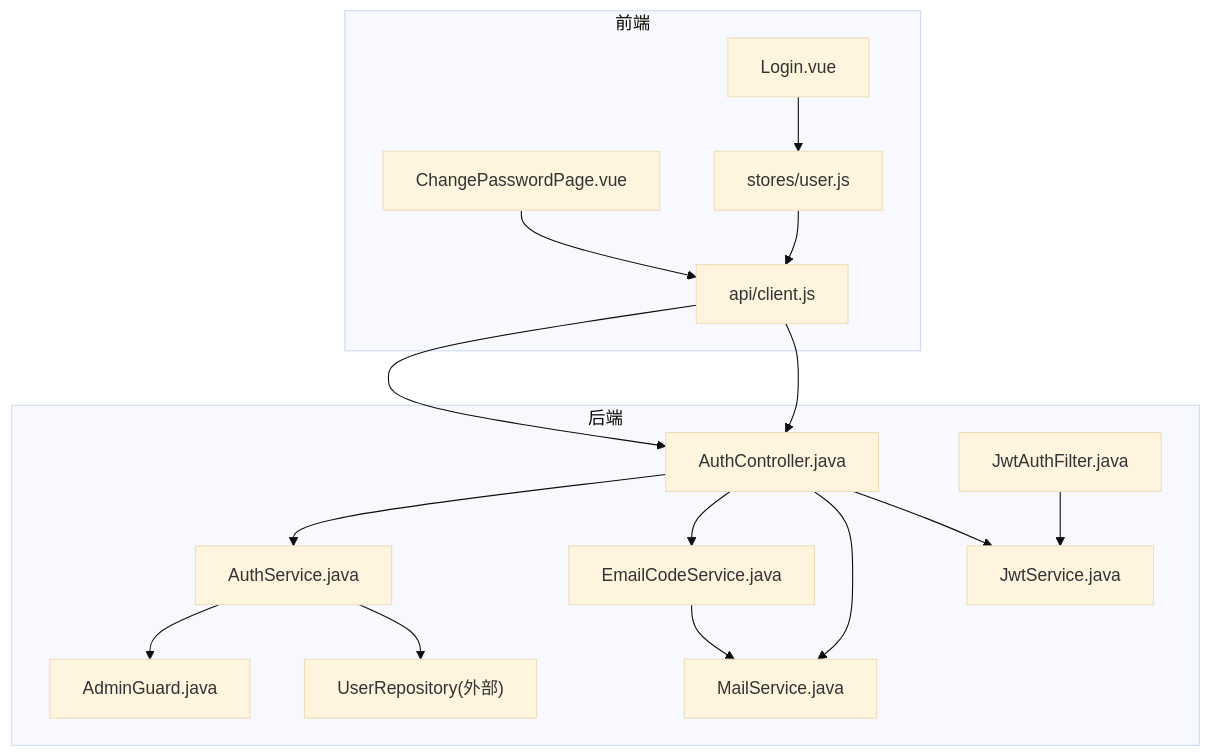
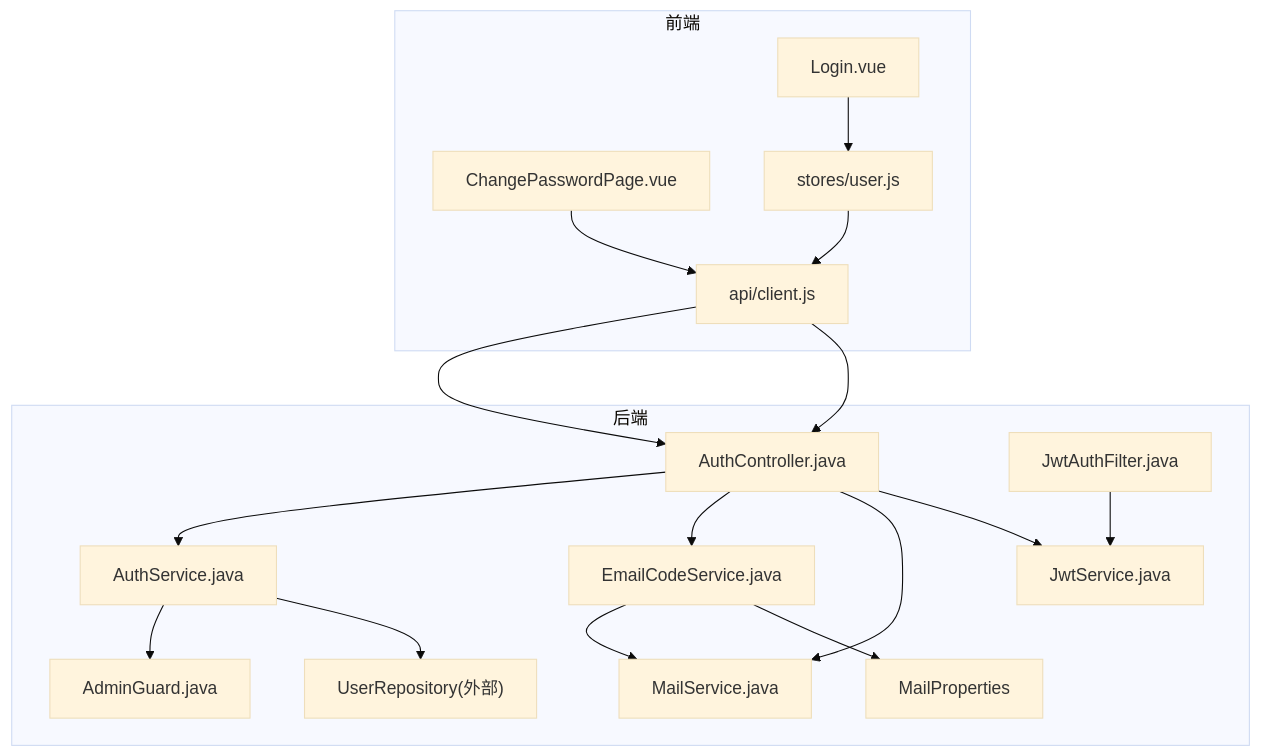
One commit to huangman881112/aiforip changed the first of 3 diagrams in .qoder/repowiki/zh/content/后端API文档/认证授权API.md. Above: the diagram before and after it, drawn with Mermaid (base theme). The commit also changed other lines of this file and 87 other files, not shown here.

````diff
--- a/.qoder/repowiki/zh/content/后端API文档/认证授权API.md
+++ b/.qoder/repowiki/zh/content/后端API文档/认证授权API.md
@@ -52,29 +52,31 @@
 ```mermaid
 graph TB
 subgraph "前端"
 A["Login.vue"]
 B["ChangePasswordPage.vue"]
 C["stores/user.js"]
 D["api/client.js"]
 end
 subgraph "后端"
 E["AuthController.java"]
 F["AuthService.java"]
 G["JwtAuthFilter.java"]
 H["JwtService.java"]
 I["EmailCodeService.java"]
 J["MailService.java"]
 K["AdminGuard.java"]
 L["UserRepository(外部)"]
+M["MailProperties"]
 end
 A --> C --> D --> E
 B --> D --> E
 E --> F
 E --> I
 E --> J
 E --> H
 G --> H
 F --> K
 F --> L
 I --> J
+I --> M
 ```
````
